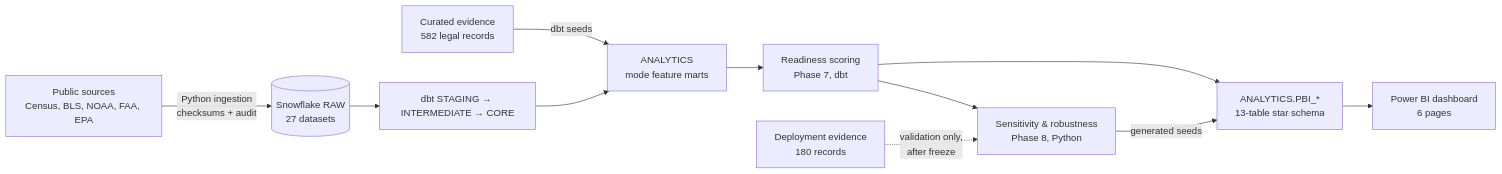
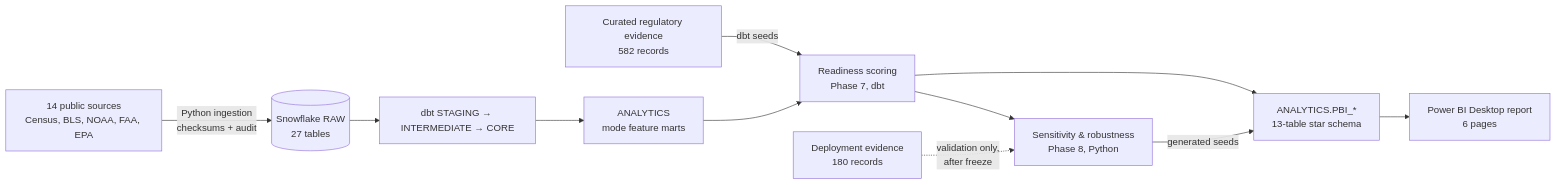
Before and after one commit to priyaareti14/autonomous-mobility-expansion-strategy: the diagram in README.md, drawn with Mermaid. The commit also changed other lines of this file and 5 other files, not shown here.

````diff
--- a/README.md
+++ b/README.md
@@ -68,13 +68,13 @@
 ```mermaid
 flowchart LR
-    A[Public sources<br/>Census, BLS, NOAA, FAA, EPA] -->|Python ingestion<br/>checksums + audit| B[(Snowflake RAW<br/>27 datasets)]
-    E[Curated evidence<br/>582 legal records] -->|dbt seeds| D
+    A[14 public sources<br/>Census, BLS, NOAA, FAA, EPA] -->|Python ingestion<br/>checksums + audit| B[(Snowflake RAW<br/>27 tables)]
+    E[Curated regulatory evidence<br/>582 records] -->|dbt seeds| F
     B --> C[dbt STAGING → INTERMEDIATE → CORE]
     C --> D[ANALYTICS<br/>mode feature marts]
     D --> F[Readiness scoring<br/>Phase 7, dbt]
     F --> G[Sensitivity & robustness<br/>Phase 8, Python]
     G -->|generated seeds| H[ANALYTICS.PBI_*<br/>13-table star schema]
     F --> H
-    H --> I[Power BI dashboard<br/>6 pages]
+    H --> I[Power BI Desktop report<br/>6 pages]
     J[Deployment evidence<br/>180 records] -.->|validation only,<br/>after freeze| G
 ```
````
